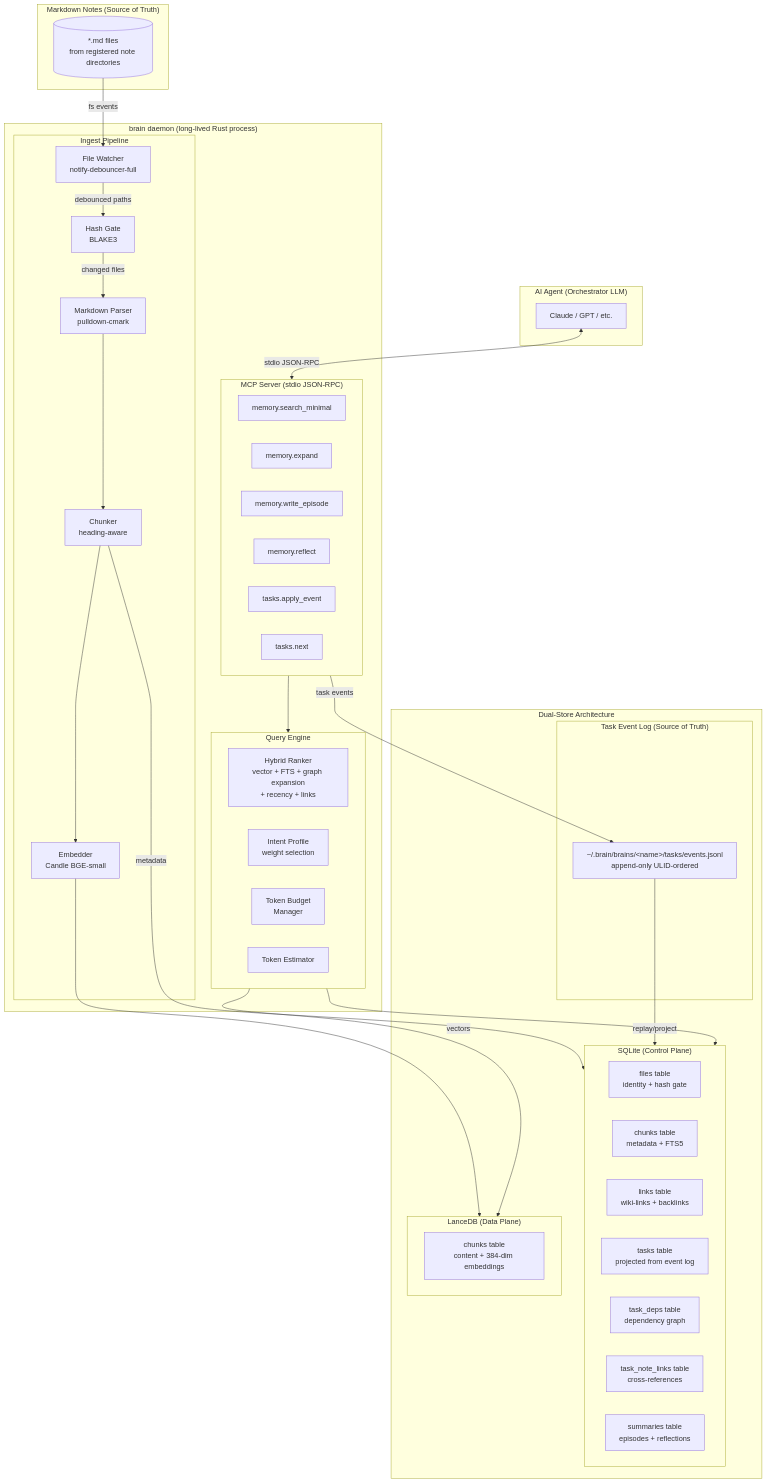
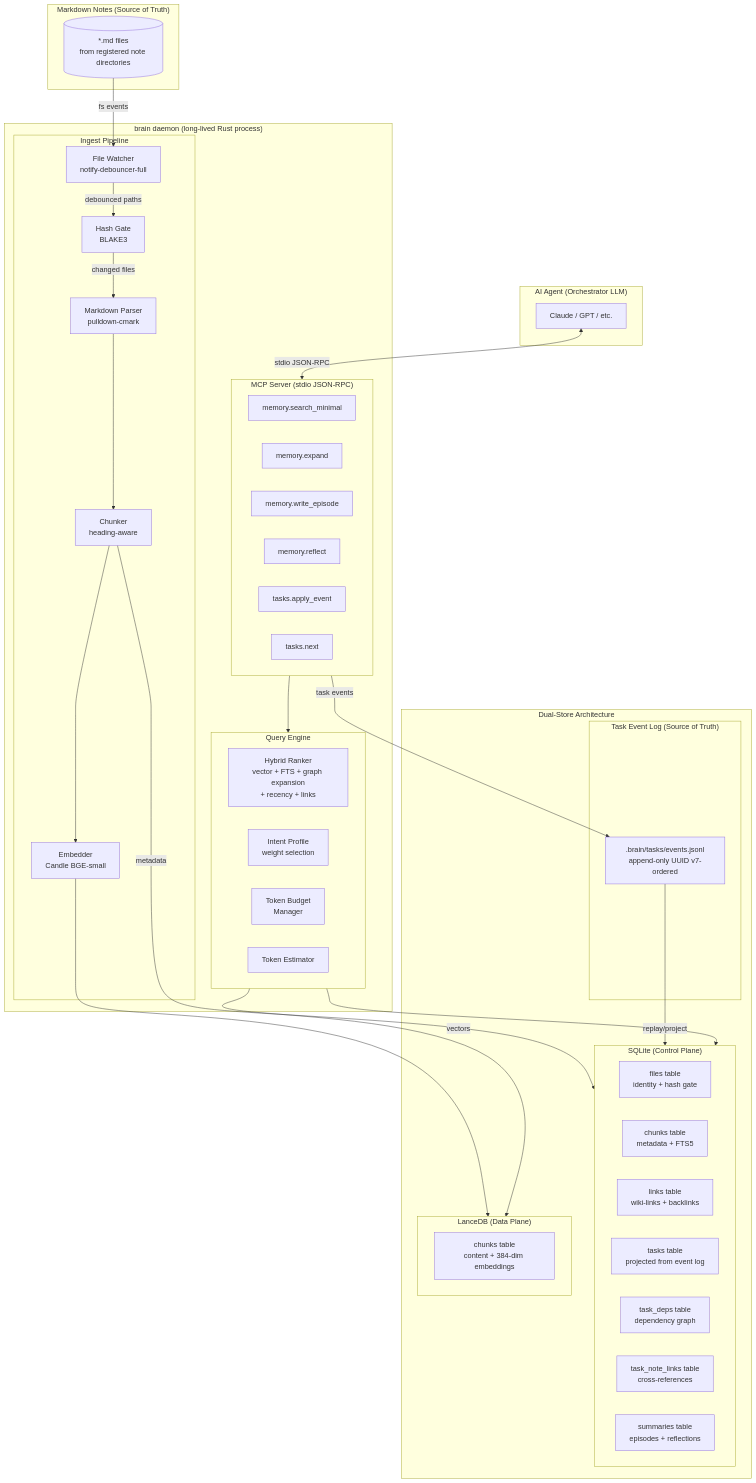
One commit to benediktms/brain changed the first of 8 diagrams in docs/ARCHITECTURE.md. Above: the diagram before and after it, drawn with Mermaid. The commit also changed other lines of this file and 10 other files, not shown here.

````diff
--- a/docs/ARCHITECTURE.md
+++ b/docs/ARCHITECTURE.md
@@ -65,71 +64,71 @@
 ```mermaid
 graph TB
     subgraph Notes["Markdown Notes (Source of Truth)"]
         MD[("*.md files<br/>from registered note directories")]
     end
 
     subgraph Daemon["brain daemon (long-lived Rust process)"]
         subgraph Ingest["Ingest Pipeline"]
             FW[File Watcher<br/>notify-debouncer-full]
             HG[Hash Gate<br/>BLAKE3]
             MP[Markdown Parser<br/>pulldown-cmark]
             CH[Chunker<br/>heading-aware]
             EM[Embedder<br/>Candle BGE-small]
         end
 
         subgraph Query["Query Engine"]
             HR[Hybrid Ranker<br/>vector + FTS + graph expansion<br/>+ recency + links]
             IP[Intent Profile<br/>weight selection]
             TB[Token Budget<br/>Manager]
             TE[Token Estimator]
         end
 
         subgraph Server["MCP Server (stdio JSON-RPC)"]
             SM["memory.search_minimal"]
             EX["memory.expand"]
             WE["memory.write_episode"]
             RF["memory.reflect"]
             TA["tasks.apply_event"]
             TN["tasks.next"]
         end
     end
 
     subgraph Storage["Dual-Store Architecture"]
         subgraph SQLite["SQLite (Control Plane)"]
             FT[files table<br/>identity + hash gate]
             CT[chunks table<br/>metadata + FTS5]
             LT[links table<br/>wiki-links + backlinks]
             TT[tasks table<br/>projected from event log]
             TD[task_deps table<br/>dependency graph]
             TL[task_note_links table<br/>cross-references]
             ST[summaries table<br/>episodes + reflections]
         end
 
         subgraph LanceDB["LanceDB (Data Plane)"]
             VT[chunks table<br/>content + 384-dim embeddings]
         end
 
         subgraph TaskLog["Task Event Log (Source of Truth)"]
-            EL["~/.brain/brains/&lt;name&gt;/tasks/events.jsonl<br/>append-only ULID-ordered"]
+            EL[".brain/tasks/events.jsonl<br/>append-only UUID v7-ordered"]
         end
     end
 
     subgraph Agent["AI Agent (Orchestrator LLM)"]
         LLM["Claude / GPT / etc."]
     end
 
     MD -->|fs events| FW
     FW -->|debounced paths| HG
     HG -->|changed files| MP
     MP --> CH
     CH --> EM
     CH -->|metadata| SQLite
     EM -->|vectors| LanceDB
 
     LLM <-->|stdio JSON-RPC| Server
     Server --> Query
     Server -->|task events| EL
     EL -->|replay/project| SQLite
     Query --> SQLite
     Query --> LanceDB
 ```
````
